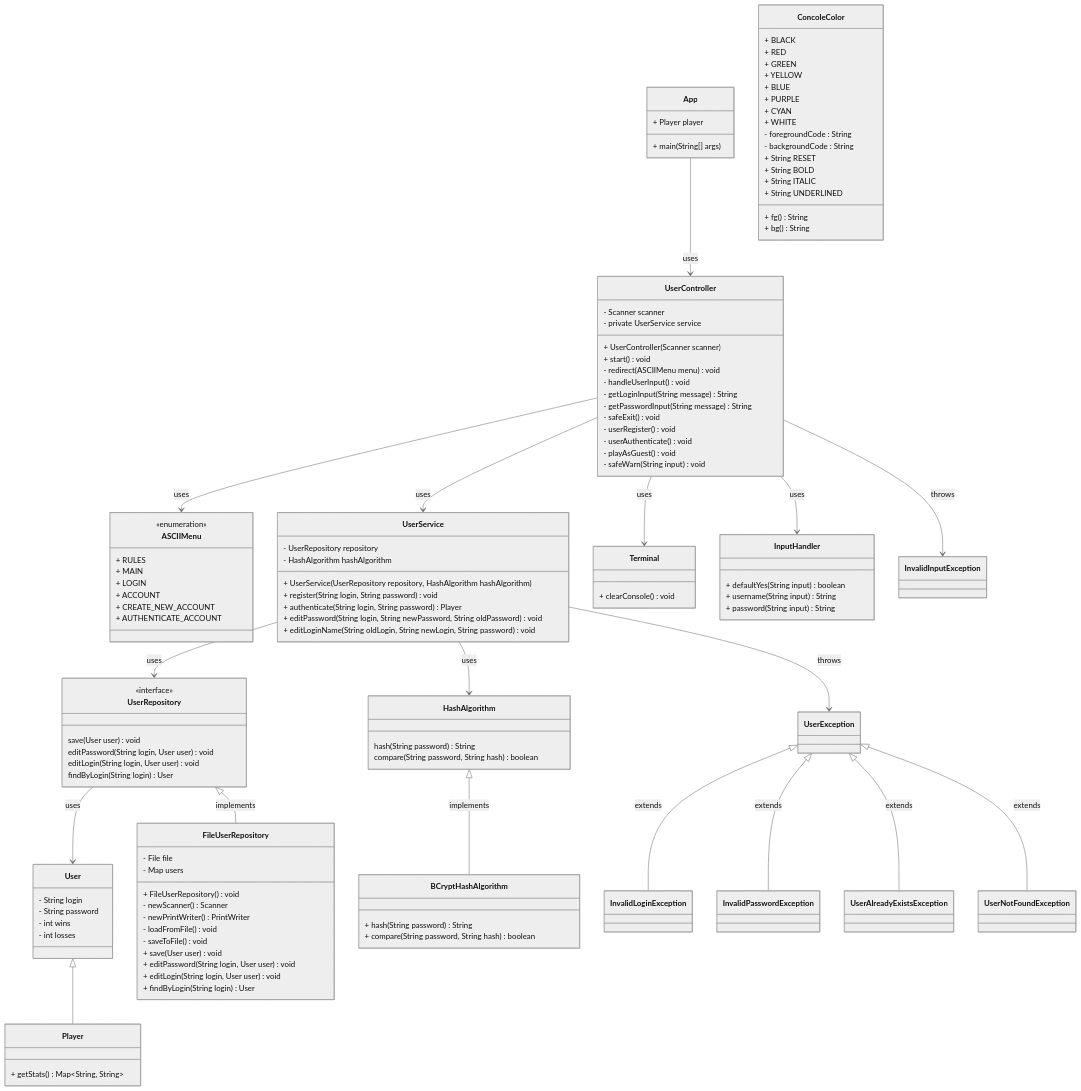
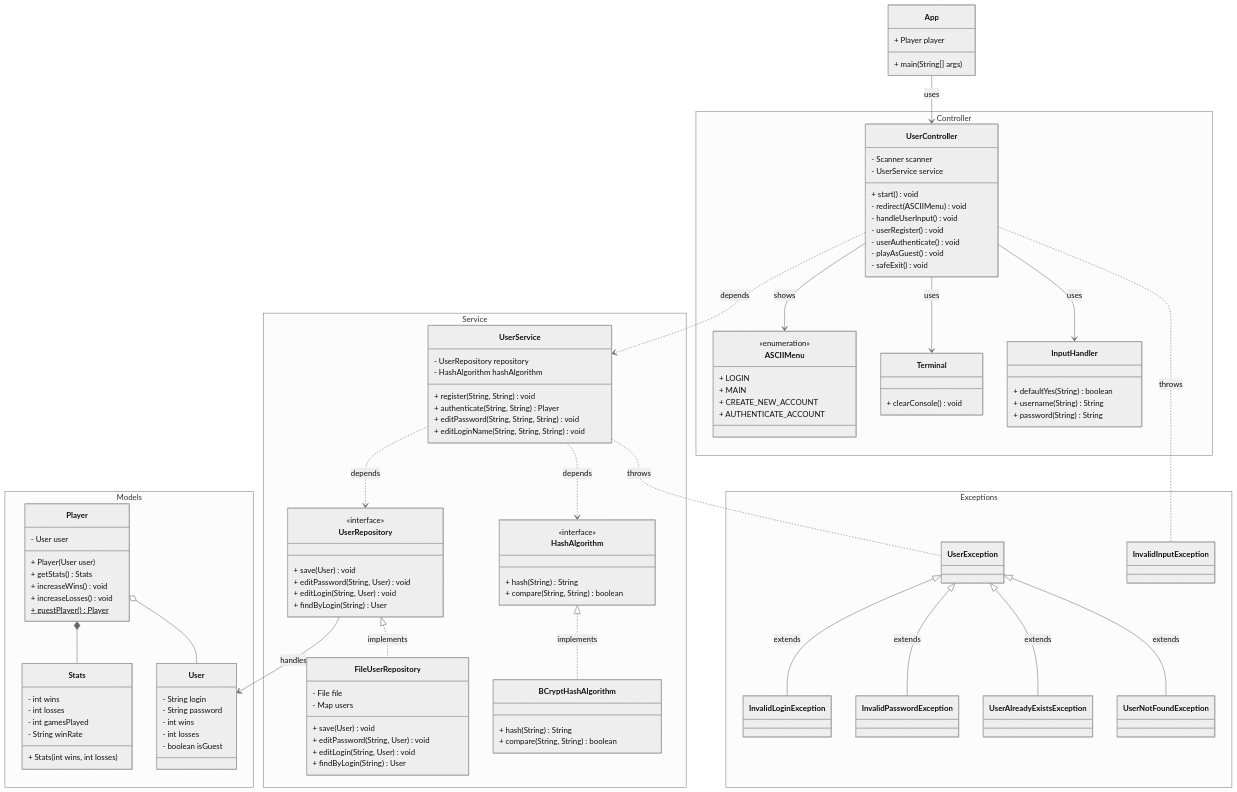
Before and after one commit to sioterino/minesweeper: the fifth of 5 diagrams in docs/auth.md, drawn with Mermaid (neutral theme). The commit also changed other lines of this file and 14 other files, not shown here.

````diff
--- a/docs/auth.md
+++ b/docs/auth.md
@@ -8,161 +223,144 @@
         + Player player
         + main(String[] args)
     }
-    
-    %% entity models    
-    class User {
-        - String login
-        - String password
-        - int wins
-        - int losses
+      
+    namespace Models {
+        class Player {
+            - User user
+            + Player(User user)
+            + getStats() Stats
+            + increaseWins() void
+            + increaseLosses() void
+            + guestPlayer() Player$
+        }
+
+        class Stats {
+            - int wins
+            - int losses
+            - int gamesPlayed
+            - String winRate
+            + Stats(int wins, int losses)
+        }
+        
+        class User {
+            - String login
+            - String password
+            - int wins
+            - int losses
+            - boolean isGuest
+        }
     }
     
-    class Player {
-        + getStats() Map~String, String~
+    
+    namespace Service {
+        class UserRepository {
+            <<interface>>
+            + save(User) void
+            + editPassword(String, User) void
+            + editLogin(String, User) void
+            + findByLogin(String) User
+        }
+
+        class FileUserRepository {
+            - File file
+            - Map users
+            + save(User) void
+            + editPassword(String, User) void
+            + editLogin(String, User) void
+            + findByLogin(String) User
+        }
+
+        class HashAlgorithm {
+            <<interface>>
+            + hash(String) String
+            + compare(String, String) boolean
+        }
+
+        class BCryptHashAlgorithm {
+            + hash(String) String
+            + compare(String, String) boolean
+        }
+
+        class UserService {
+            - UserRepository repository
+            - HashAlgorithm hashAlgorithm
+            + register(String, String) void
+            + authenticate(String, String) Player
+            + editPassword(String, String, String) void
+            + editLoginName(String, String, String) void
+        }
     }
     
-    %% interfaces
-    class UserRepository {
-        <<interface>>
-        save(User user) void
-        editPassword(String login, User user) void
-        editLogin(String login, User user) void
-        findByLogin(String login) User
-    }
-    
-    class HashAlgorithm {
-        hash(String password) String
-        compare(String password, String hash) boolean
+    namespace Controller {
+        class UserController {
+            - Scanner scanner
+            - UserService service
+            + start() void
+            - redirect(ASCIIMenu) void
+            - handleUserInput() void
+            - userRegister() void
+            - userAuthenticate() void
+            - playAsGuest() void
+            - safeExit() void
+        }
+
+        class ASCIIMenu {
+            <<enumeration>>
+            + LOGIN
+            + MAIN
+            + CREATE_NEW_ACCOUNT
+            + AUTHENTICATE_ACCOUNT
+        }
+
+        class Terminal {
+            + clearConsole() void
+        }
+
+        class InputHandler {
+            + defaultYes(String) boolean
+            + username(String) String
+            + password(String) String
+        }
     }
 
-    %% enums
-    class ASCIIMenu {
-        <<enumeration>>
-        + RULES
-        + MAIN
-        + LOGIN
-        + ACCOUNT
-        + CREATE_NEW_ACCOUNT
-        + AUTHENTICATE_ACCOUNT
+    namespace Exceptions {
+        class UserException
+        class InvalidLoginException
+        class InvalidPasswordException
+        class UserAlreadyExistsException
+        class UserNotFoundException
+
+        class InvalidInputException
     }
-    
-    class ConcoleColor {
-        + BLACK
-        + RED
-        + GREEN
-        + YELLOW
-        + BLUE
-        + PURPLE
-        + CYAN
-        + WHITE
-
-        - foregroundCode : String
-        - backgroundCode : String
-        + String RESET
-        + String BOLD
-        + String ITALIC
-        + String UNDERLINED
-        
-        + fg() String
-        + bg() String
-    }
-    
-    %% implementation classes
-    class FileUserRepository {
-        - File file
-        - Map users
-        
-        + FileUserRepository() void
-        - newScanner() Scanner
-        - newPrintWriter() PrintWriter
-        - loadFromFile() void
-        - saveToFile() void
-        + save(User user) void
-        + editPassword(String login, User user) void
-        + editLogin(String login, User user) void
-        + findByLogin(String login) User
-    }
-    
-    class BCryptHashAlgorithm {
-        + hash(String password) String
-        + compare(String password, String hash) boolean
-    }
-    
-    %% services
-    class UserService {
-        - UserRepository repository
-        - HashAlgorithm hashAlgorithm
-        
-        + UserService(UserRepository repository, HashAlgorithm hashAlgorithm)
-        + register(String login, String password) void
-        + authenticate(String login, String password) Player
-        + editPassword(String login, String newPassword, String oldPassword) void
-        + editLoginName(String oldLogin, String newLogin, String password) void
-    }
-    
-    %% controllers
-    class UserController {
-        - Scanner scanner
-        - private UserService service
-        
-        + UserController(Scanner scanner)
-        + start() void
-        - redirect(ASCIIMenu menu) void
-        - handleUserInput() void
-        - getLoginInput(String message) String
-        - getPasswordInput(String message) String
-        - safeExit() void
-        - userRegister() void
-        - userAuthenticate() void
-        - playAsGuest() void
-        - safeWarn(String input) void
-    }
-    
-    %% utils
-    class Terminal {
-        + clearConsole() void
-    }
-    
-    class InputHandler {
-        + defaultYes(String input) boolean
-        + username(String input) String
-        + password(String input) String
-    }
-    
-    %% exceptions
-    class UserException
-    class InvalidLoginException
-    class InvalidPasswordException
-    class UserAlreadyExistsException
-    class UserNotFoundException
-    class InvalidInputException
     
     %% relationships
     
-    HashAlgorithm <|-- BCryptHashAlgorithm : implements
-    UserRepository <|-- FileUserRepository : implements
+    HashAlgorithm <|.. BCryptHashAlgorithm : implements
+    UserRepository <|.. FileUserRepository : implements
     
     UserException <|-- InvalidLoginException : extends
     UserException <|-- InvalidPasswordException : extends
     UserException <|-- UserAlreadyExistsException : extends
     UserException <|-- UserNotFoundException : extends
     
-    User <|-- Player
+    Player o-- User
+    Player *-- Stats
 
-    UserRepository --> User : uses
+    UserRepository --> User : handles
+
+    UserService ..> UserRepository : depends
+    UserService ..> HashAlgorithm : depends
+
+    UserController ..> UserService : depends
     
-    UserService --> HashAlgorithm : uses
-    UserService --> UserRepository : uses
-
-    UserController --> UserService : uses
-    UserController --> ASCIIMenu : uses
+    UserController --> ASCIIMenu : shows
+    
     UserController --> InputHandler : uses
     UserController --> Terminal : uses
+    
     App --> UserController : uses
 
-    UserController --> InvalidInputException : throws
-    UserService --> UserException : throws
-
-
+    UserController .. InvalidInputException : throws
+    UserService .. UserException : throws
 
 ```
````
